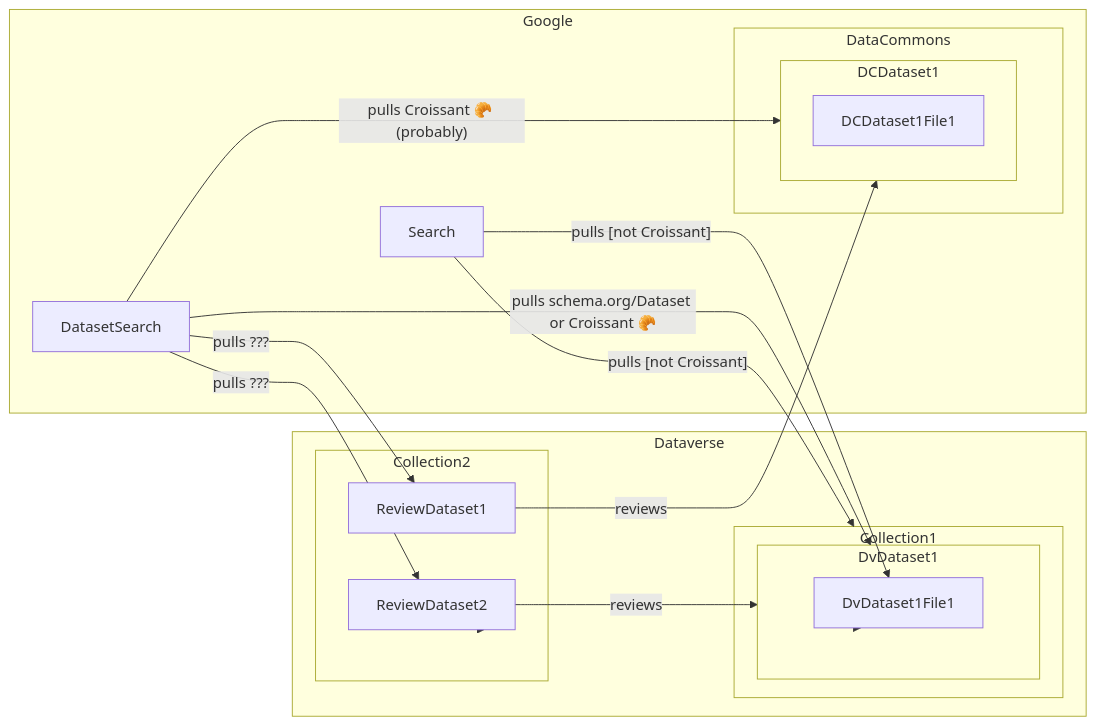
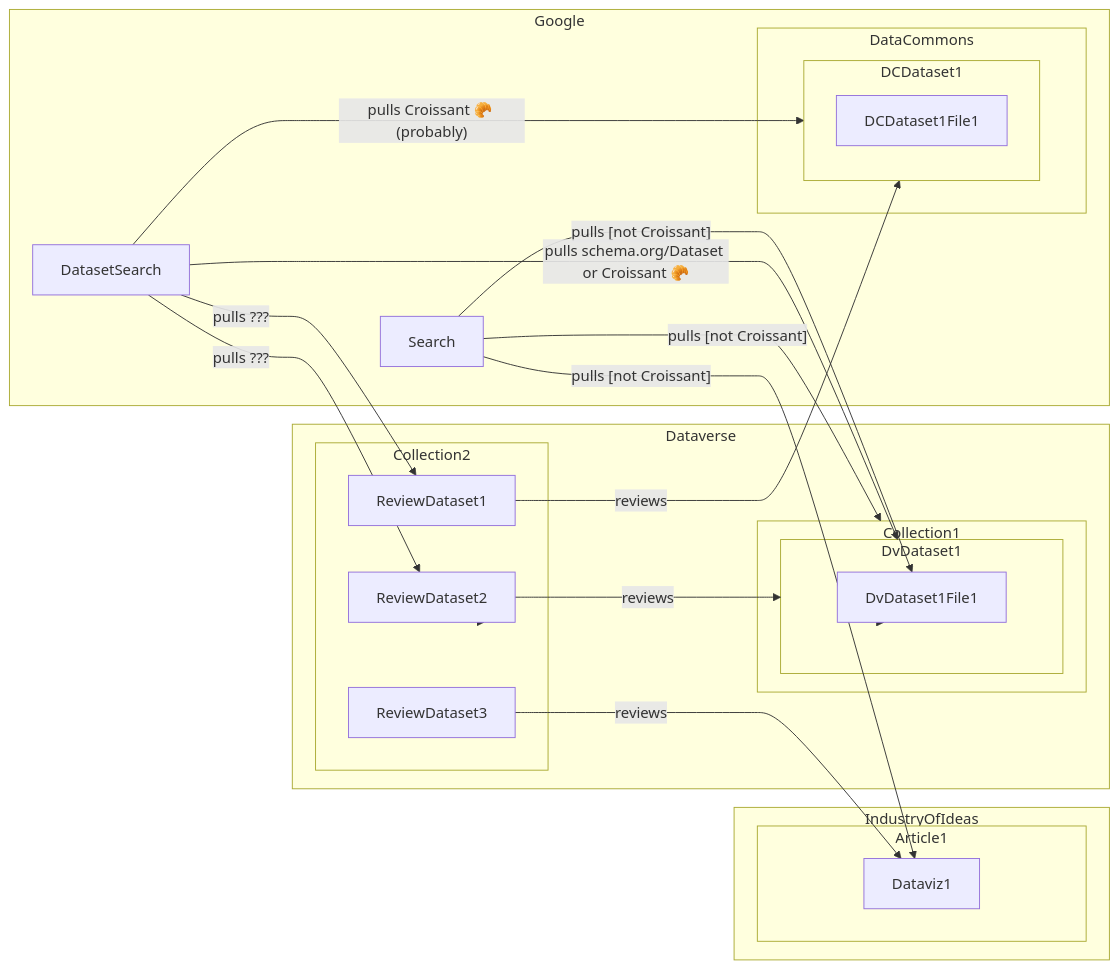
The diagram in 425-trusted-data/review-datasets.md (IQSS/dataverse-pm), drawn with Mermaid before and after one commit.

Commit message:
add dataviz

````diff
--- a/425-trusted-data/review-datasets.md
+++ b/425-trusted-data/review-datasets.md
@@ -1,34 +1,44 @@
 ```mermaid
 flowchart LR
 subgraph Google
 subgraph DataCommons
 subgraph DCDataset1
 DCDataset1File1
 end
 end
 DatasetSearch
 Search
 end
 
+subgraph IndustryOfIdeas
+subgraph Article1
+Dataviz1
+end
+end
+
+
 subgraph Dataverse
 subgraph Collection1
 subgraph DvDataset1
 DvDataset1File1
 end
 end
 subgraph Collection2
 ReviewDataset2
 ReviewDataset1
+ReviewDataset3
 end
 Collection1 --> DvDataset1 
 Collection2 --> ReviewDataset2 
 ReviewDataset1 -- reviews --> DCDataset1
 ReviewDataset2 -- reviews --> DvDataset1 
+ReviewDataset3 -- reviews --> Dataviz1
 DatasetSearch -- pulls schema.org/Dataset or Croissant 🥐 --> DvDataset1
 DatasetSearch -- pulls Croissant 🥐 (probably) --> DCDataset1
 DatasetSearch -- pulls ??? --> ReviewDataset1
 DatasetSearch -- pulls ??? --> ReviewDataset2
 Search -- pulls [not Croissant] --> Collection1
 Search -- pulls [not Croissant] --> DvDataset1File1
+Search -- pulls [not Croissant] --> Dataviz1
 end
 ```
````
